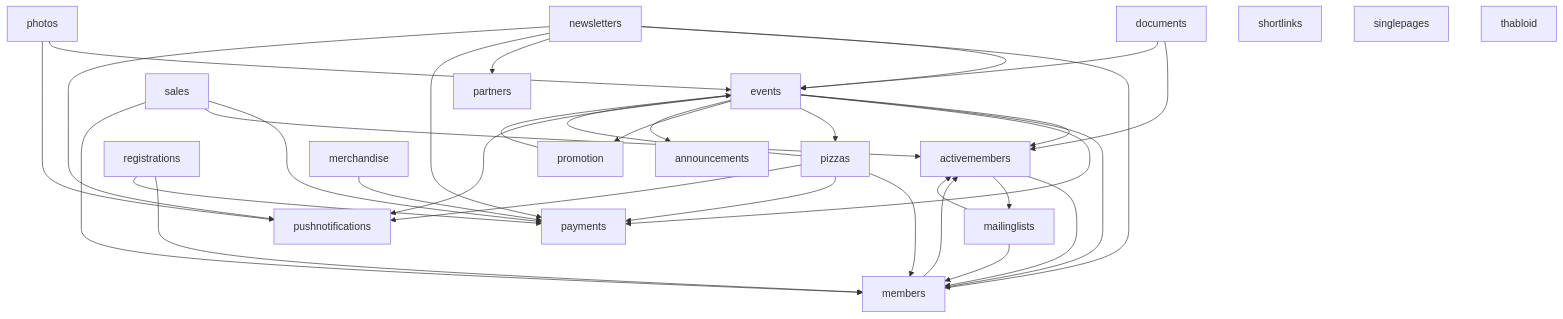
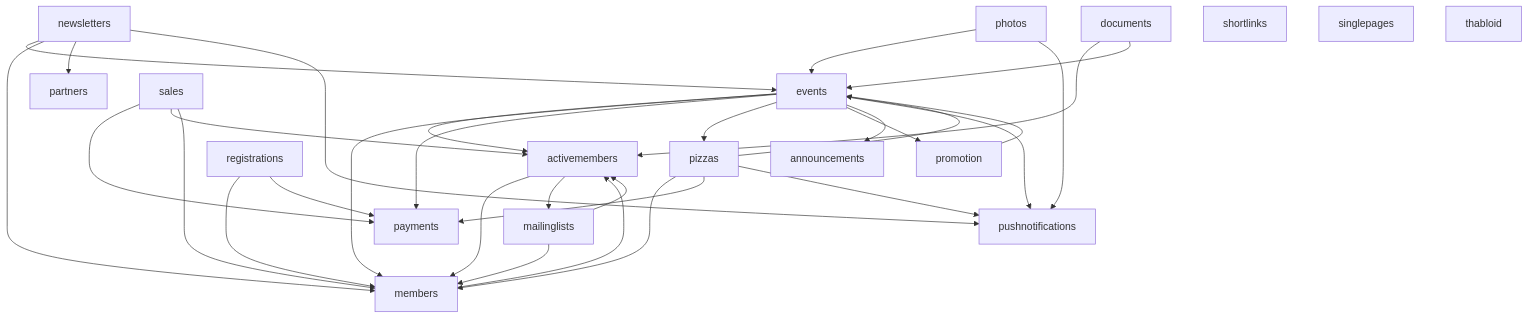
One commit to svthalia/concrexit changed the diagram in README.md. Above: the diagram before and after it, drawn with Mermaid. The commit also changed 4 other files, not shown here.

````diff
--- a/README.md
+++ b/README.md
@@ -69,56 +69,52 @@
 ```mermaid
 graph TD;
     activemembers --> members;
     activemembers --> mailinglists;
     events --> activemembers;
     events --> members;
     events --> payments;
     mailinglists --> activemembers;
     mailinglists --> members;
     newsletters --> events;
     newsletters --> members;
     newsletters --> partners;
     photos --> events;
     pizzas --> events;
     pizzas --> members;
     pizzas --> payments;
     promotion --> events;
     registrations --> members;
     registrations --> payments;
     sales --> payments;
     sales --> activemembers;
     sales --> members;
 
     documents;
     partners;
     announcements;
     pushnotifications;
     shortlinks;
     singlepages;
     thabloid;
 
     %% Current dependencies that are problematic and for which issues exist for fixing
     %% 2757
     documents --> activemembers;
     documents --> events;
 
-    %% 2754
-    merchandise --> payments;
-    newsletters --> payments;
-
     %% #2753
     events --> pizzas;
     events --> promotion;
 
     %% #2756
     members --> activemembers;
 
     %% #2579
     events --> announcements;
 
     %% 2758
     newsletters --> pushnotifications;
     events --> pushnotifications;
     photos --> pushnotifications;
     pizzas --> pushnotifications;
 ```
````
